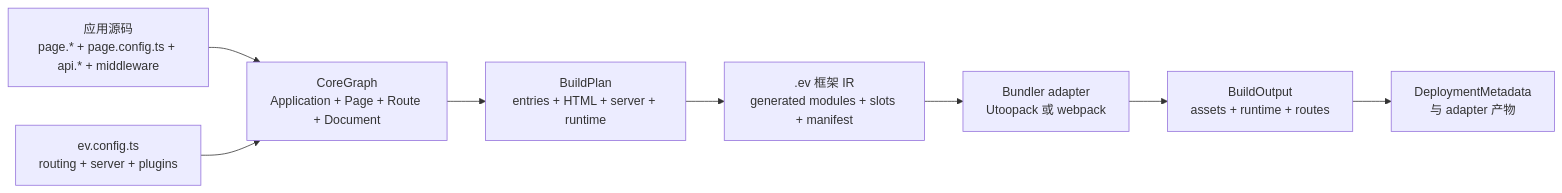
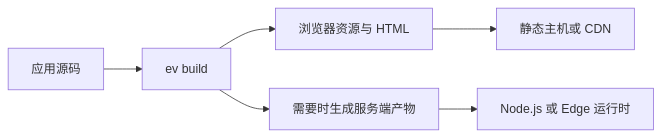
Before and after one commit to afx-team/evjs: the second of 2 diagrams in docs/i18n/zh-Hans/docusaurus-plugin-content-docs/current/architecture.md, drawn with Mermaid. The commit also changed other lines of this file and 47 other files, not shown here.

````diff
--- a/docs/i18n/zh-Hans/docusaurus-plugin-content-docs/current/architecture.md
+++ b/docs/i18n/zh-Hans/docusaurus-plugin-content-docs/current/architecture.md
@@ -7,15 +120,8 @@
 ```mermaid
 flowchart LR
-  Source["应用源码\npage.* + page.config.ts + api.* + middleware"]
-  Config["ev.config.ts\nrouting + server + plugins"]
-  Graph["CoreGraph\nApplication + Page + Route + Document"]
-  Plan["BuildPlan\nentries + HTML + server + runtime"]
-  IR[".ev 框架 IR\ngenerated modules + slots + manifest"]
-  Bundler["Bundler adapter\nUtoopack 或 webpack"]
-  Output["BuildOutput\nassets + runtime + routes"]
-  Deploy["DeploymentMetadata\n与 adapter 产物"]
-
-  Source --> Graph
-  Config --> Graph
-  Graph --> Plan --> IR --> Bundler --> Output --> Deploy
+  App["应用源码"] --> Build["ev build"]
+  Build --> Client["浏览器资源与 HTML"]
+  Build --> Server["需要时生成服务端产物"]
+  Client --> Static["静态主机或 CDN"]
+  Server --> Runtime["Node.js 或 Edge 运行时"]
 ```
````
